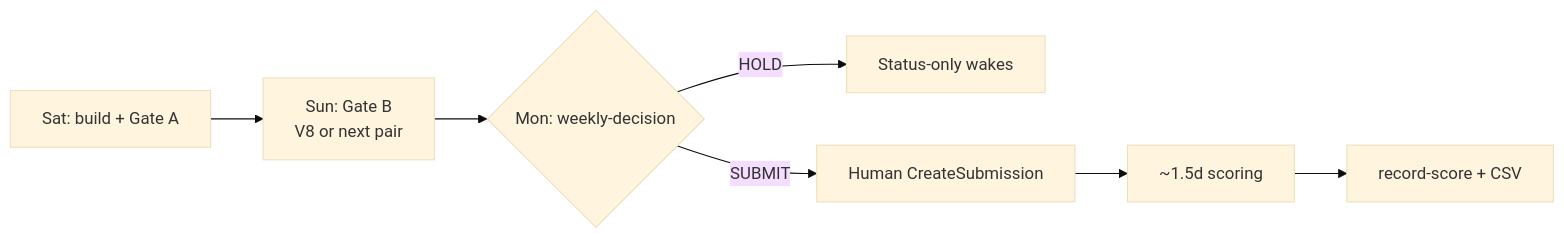
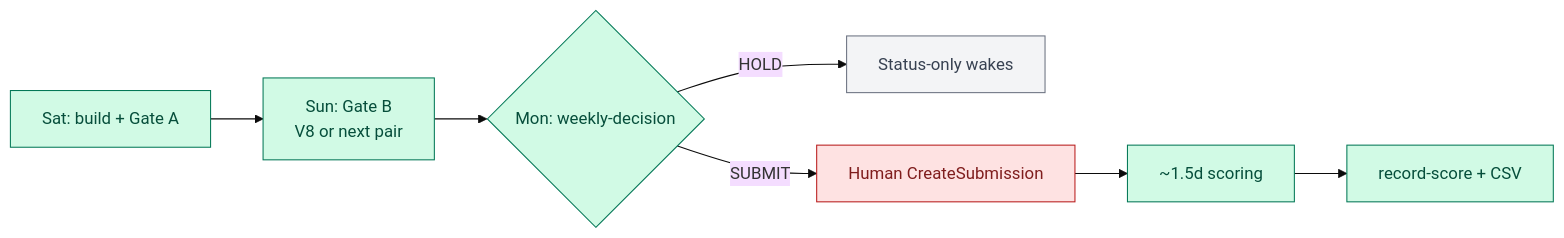
Before and after one commit to khaosans/noisegate-gemma4-factory: the third of 7 diagrams in docs/wiki/Architecture.md, drawn with Mermaid (base theme). The commit also changed other lines of this file and 7 other files, not shown here.

First line of the commit message:
release: v1.0.0-beta.1 + Mermaid color legends

````diff
--- a/docs/wiki/Architecture.md
+++ b/docs/wiki/Architecture.md
@@ -70,9 +97,16 @@
 ```mermaid
 flowchart LR
   Sat[Sat: build + Gate A] --> Sun[Sun: Gate B<br/>V8 or next pair]
   Sun --> Mon{Mon: weekly-decision}
   Mon -->|HOLD| Ops[Status-only wakes]
   Mon -->|SUBMIT| Hitl[Human CreateSubmission]
   Hitl --> Wait[~1.5d scoring]
   Wait --> Rec[record-score + CSV]
+
+  classDef factory fill:#D1FAE5,stroke:#047857,color:#064E3B
+  classDef hitl fill:#FEE2E2,stroke:#B91C1C,color:#7F1D1D
+  classDef hold fill:#F3F4F6,stroke:#6B7280,color:#374151
+  class Sat,Sun,Mon,Wait,Rec factory
+  class Ops hold
+  class Hitl hitl
 ```
````
